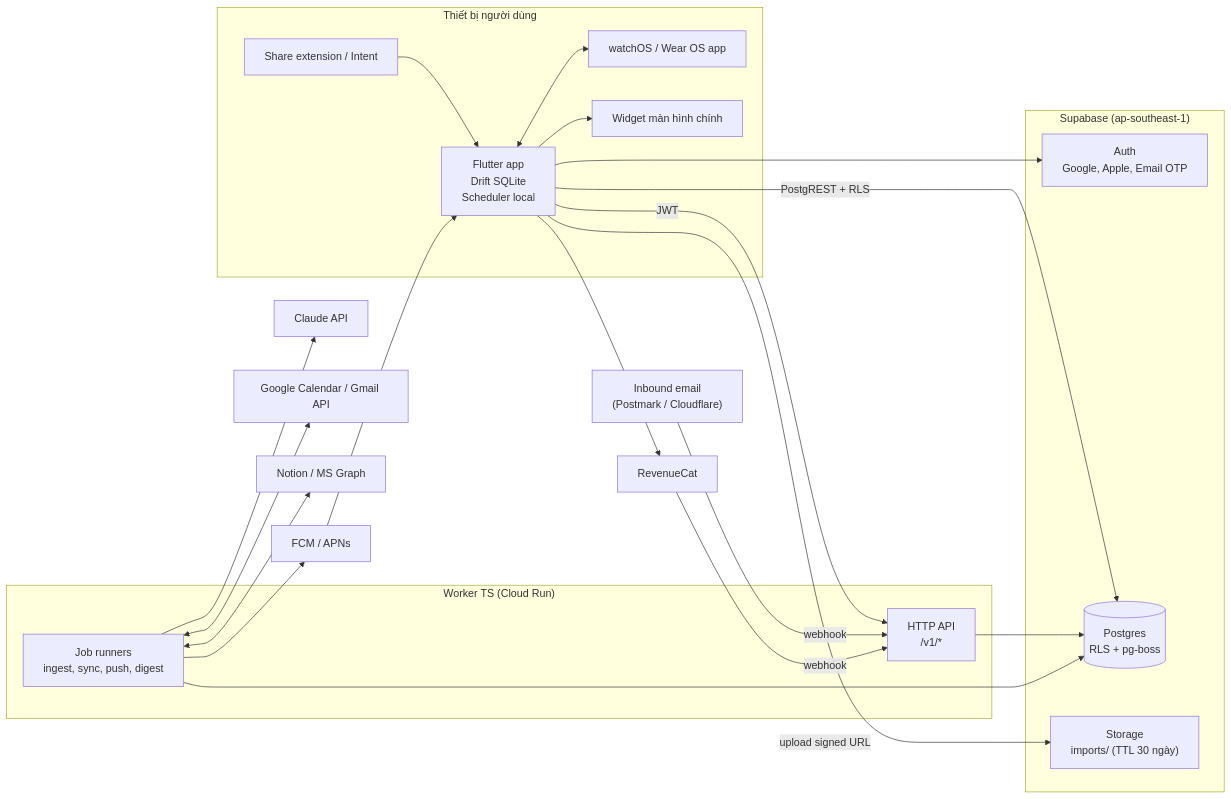
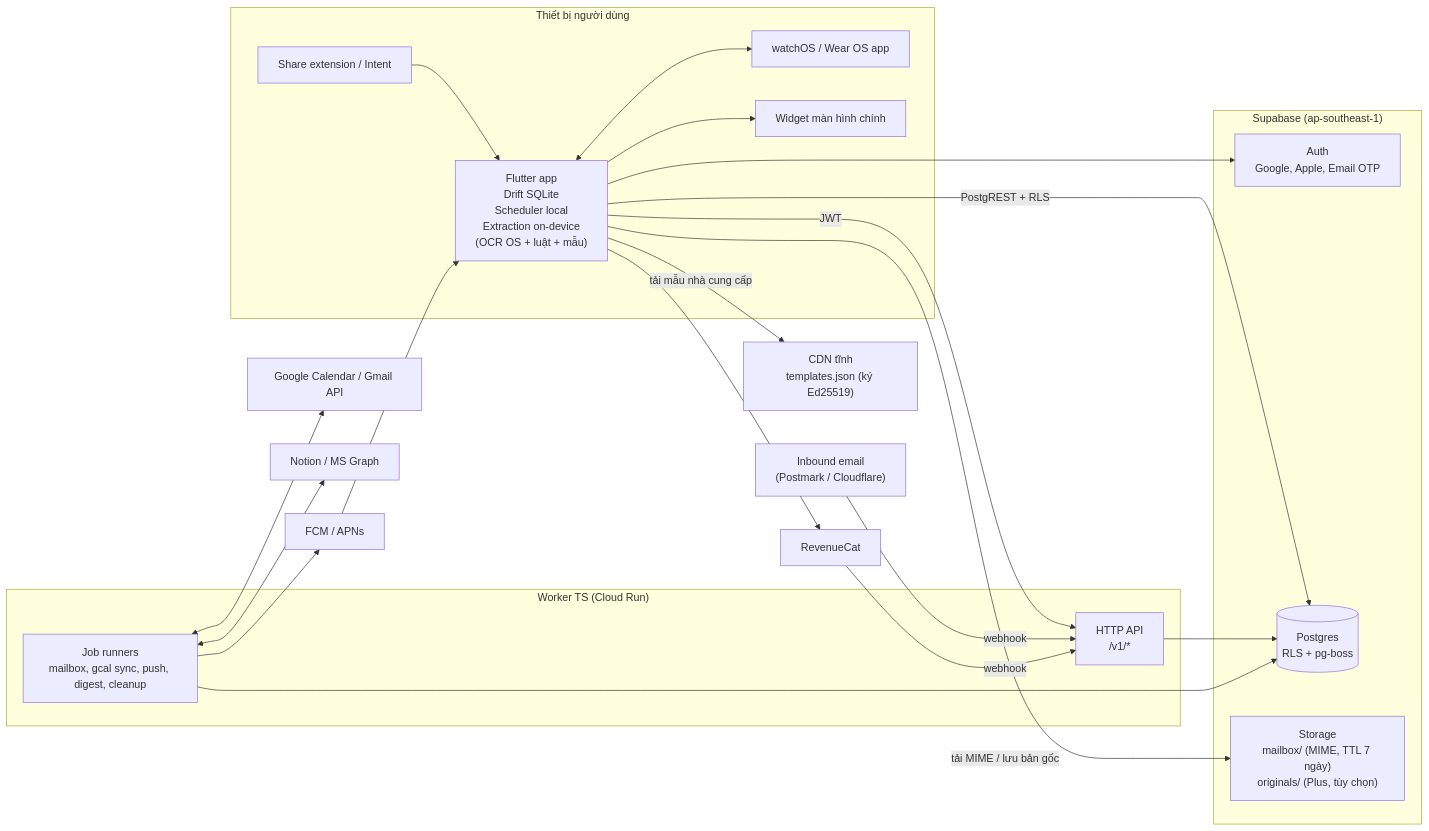
Before and after one commit to ducpham2806/RemindMe: the first of 2 diagrams in docs/architecture/system-architecture.md, drawn with Mermaid. The commit also changed other lines of this file and 20 other files, not shown here.

First line of the commit message:
docs(extraction): chuyển trích xuất ảnh/file sang chạy trên máy, bỏ AI API trả phí

````diff
--- a/docs/architecture/system-architecture.md
+++ b/docs/architecture/system-architecture.md
@@ -9,41 +10,41 @@
 ```mermaid
 flowchart LR
   subgraph Device["Thiết bị người dùng"]
-    App["Flutter app\nDrift SQLite\nScheduler local"]
+    App["Flutter app\nDrift SQLite\nScheduler local\nExtraction on-device\n(OCR OS + luật + mẫu)"]
     Watch["watchOS / Wear OS app"]
     Widget["Widget màn hình chính"]
     ShareExt["Share extension / Intent"]
   end
   subgraph Supabase["Supabase (ap-southeast-1)"]
     Auth["Auth\nGoogle, Apple, Email OTP"]
     PG[("Postgres\nRLS + pg-boss")]
-    Store["Storage\nimports/ (TTL 30 ngày)"]
+    Store["Storage\nmailbox/ (MIME, TTL 7 ngày)\noriginals/ (Plus, tùy chọn)"]
   end
   subgraph Worker["Worker TS (Cloud Run)"]
     API["HTTP API\n/v1/*"]
-    Jobs["Job runners\ningest, sync, push, digest"]
+    Jobs["Job runners\nmailbox, gcal sync, push, digest, cleanup"]
   end
-  Claude["Claude API"]
+  CDN["CDN tĩnh\ntemplates.json (ký Ed25519)"]
   FCM["FCM / APNs"]
   RC["RevenueCat"]
   Google["Google Calendar / Gmail API"]
   Mail["Inbound email\n(Postmark / Cloudflare)"]
   Notion["Notion / MS Graph"]
 
   App <--> Watch
   App --> Widget
   ShareExt --> App
   App -- "PostgREST + RLS" --> PG
   App -- "JWT" --> API
   App --> Auth
-  App -- "upload signed URL" --> Store
+  App -- "tải MIME / lưu bản gốc" --> Store
+  App -- "tải mẫu nhà cung cấp" --> CDN
   API --> PG
   Jobs --> PG
-  Jobs --> Claude
   Jobs --> FCM --> App
   Jobs <--> Google
   Mail -- webhook --> API
   RC -- webhook --> API
   App --> RC
   Jobs <--> Notion
 ```
````
